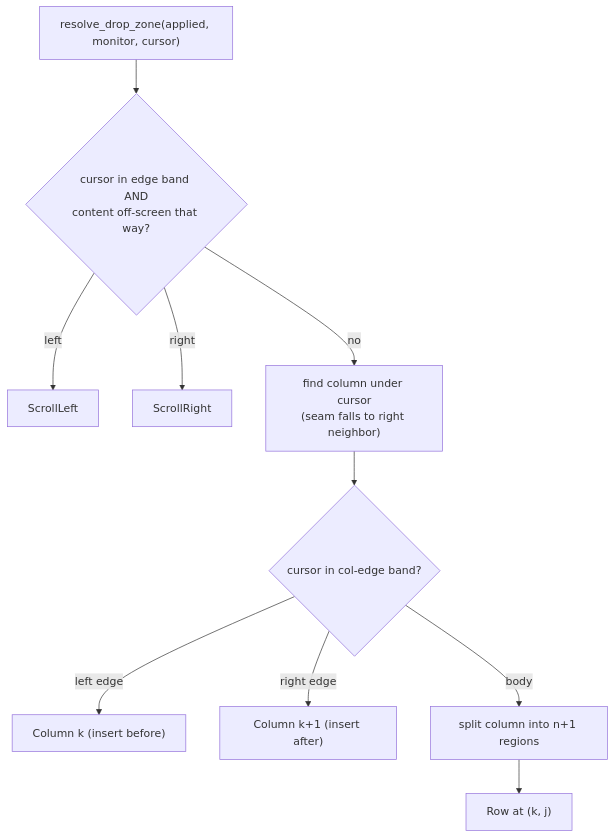
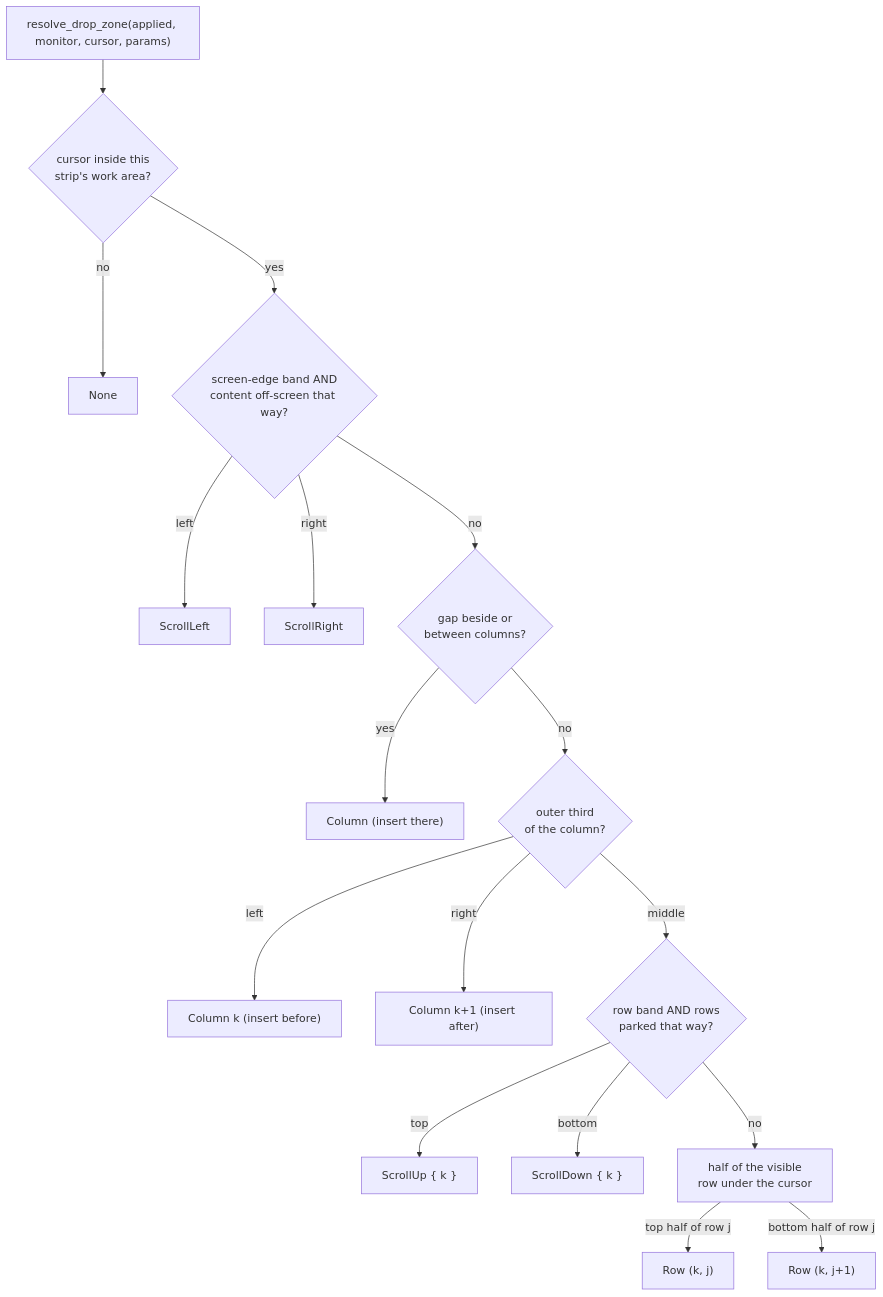
One commit to darth-feir/flow-wm-multi-monitor changed the third of 3 diagrams in docs/src/dev-guide/tile-drag.md. Above: the diagram before and after it, drawn with Mermaid. The commit also changed other lines of this file and 13 other files, not shown here.

````diff
--- a/docs/src/dev-guide/tile-drag.md
+++ b/docs/src/dev-guide/tile-drag.md
@@ -176,13 +180,20 @@
 ```mermaid
 flowchart TB
-    Start["resolve_drop_zone(applied, monitor, cursor)"]
-    Start --> Edge{"cursor in edge band AND<br/>content off-screen that way?"}
+    Start["resolve_drop_zone(applied, monitor, cursor, params)"]
+    Start --> WA{"cursor inside this<br/>strip's work area?"}
+    WA -- no --> None[None]
+    WA -- yes --> Edge{"screen-edge band AND<br/>content off-screen that way?"}
     Edge -- left --> SL[ScrollLeft]
     Edge -- right --> SR[ScrollRight]
-    Edge -- no --> Col["find column under cursor<br/>(seam falls to right neighbor)"]
-    Col --> Band{"cursor in col-edge band?"}
-    Band -- "left edge" --> CL["Column k (insert before)"]
-    Band -- "right edge" --> CR["Column k+1 (insert after)"]
-    Band -- body --> Body["split column into n+1 regions"]
-    Body --> Row["Row at (k, j)"]
+    Edge -- no --> Gap{"gap beside or<br/>between columns?"}
+    Gap -- yes --> CG["Column (insert there)"]
+    Gap -- no --> Band{"outer third<br/>of the column?"}
+    Band -- left --> CL["Column k (insert before)"]
+    Band -- right --> CR["Column k+1 (insert after)"]
+    Band -- middle --> RB{"row band AND rows<br/>parked that way?"}
+    RB -- top --> SU["ScrollUp { k }"]
+    RB -- bottom --> SD["ScrollDown { k }"]
+    RB -- no --> Half["half of the visible<br/>row under the cursor"]
+    Half -- top half of row j --> RA["Row (k, j)"]
+    Half -- bottom half of row j --> RBl["Row (k, j+1)"]
 ```
````
